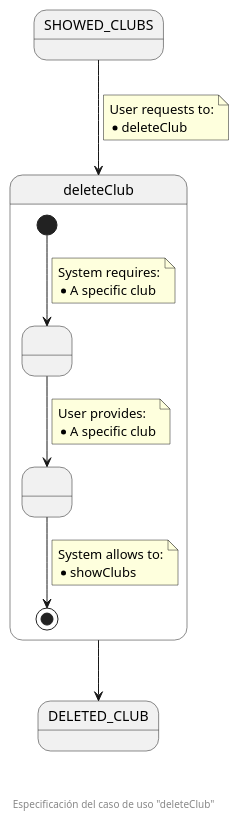
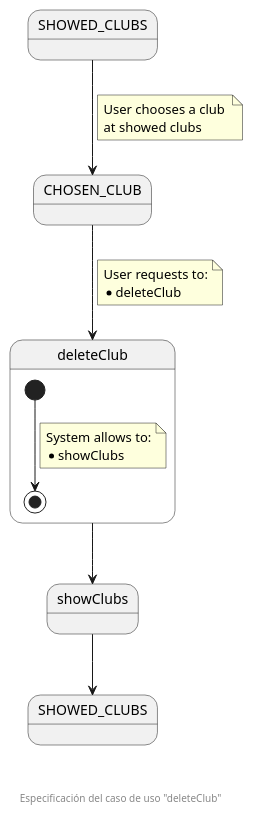
The diagram in documentation/diagrams/useCasesSpecification/organizationSecretary/05_deleteClub.puml (zuldare/mastercloud_pfm_halterocms), drawn with PlantUML before and after one commit.

Commit message:
Fix deleteClub use case specification

```diff
--- a/documentation/diagrams/useCasesSpecification/organizationSecretary/05_deleteClub.puml
+++ b/documentation/diagrams/useCasesSpecification/organizationSecretary/05_deleteClub.puml
@@ -1,33 +1,32 @@
 @startuml
 state SHOWED_CLUBS
+state CHOSEN_CLUB
+
 state deleteClub {
-  state " " as pendingClub
-  state " " as providedClub
-  [*] --> pendingClub
-  note on link
-    System requires:
-    * A specific club
-  end note
-  pendingClub --> providedClub
-  note on link
-    User provides:
-    * A specific club
-  end note
-  providedClub --> [*]
+  [*] --> [*]
   note on link
     System allows to:
     * showClubs
   end note
 }
-state DELETED_CLUB
 
-SHOWED_CLUBS --> deleteClub
+state showClubs
+state "SHOWED_CLUBS" as SHOWED_CLUBS_F
+
+SHOWED_CLUBS --> CHOSEN_CLUB
+note on link
+  User chooses a club 
+  at showed clubs
+end note
+
+CHOSEN_CLUB --> deleteClub
 note on link
   User requests to:
   * deleteClub
 end note
 
-deleteClub --> DELETED_CLUB
+deleteClub --> showClubs
+showClubs --> SHOWED_CLUBS_F
 
 footer \n\n\n Especificación del caso de uso "deleteClub"
 @enduml
```
